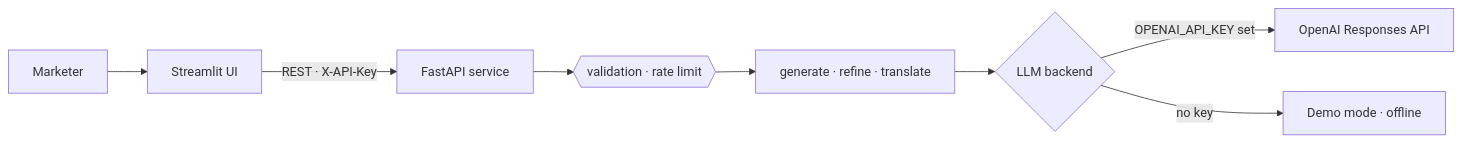
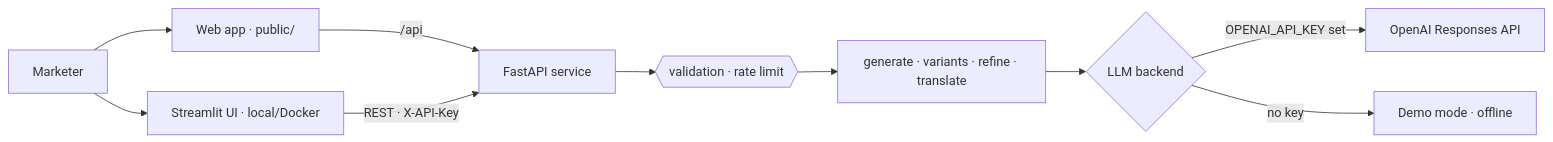
The diagram in README.md (MaHmOuDeB/MarketingWS), drawn with Mermaid before and after one commit. The commit also changed other lines of this file and 17 other files, not shown here.

First line of the commit message:
Web app, A/B variants, evaluation suite and Vercel deployment

````diff
--- a/README.md
+++ b/README.md
@@ -42,10 +47,12 @@
 ```mermaid
 flowchart LR
-    U[Marketer] --> S[Streamlit UI]
-    S -- "REST · X-API-Key" --> A[FastAPI service]
+    U[Marketer] --> W1[Web app · public/]
+    U --> S[Streamlit UI · local/Docker]
+    W1 -- "/api" --> A[FastAPI service]
+    S -- "REST · X-API-Key" --> A
     A --> V{{validation · rate limit}}
-    V --> W[generate · refine · translate]
+    V --> W[generate · variants · refine · translate]
     W --> L{LLM backend}
     L -->|OPENAI_API_KEY set| O[OpenAI Responses API]
     L -->|no key| D[Demo mode · offline]
 ```
````
